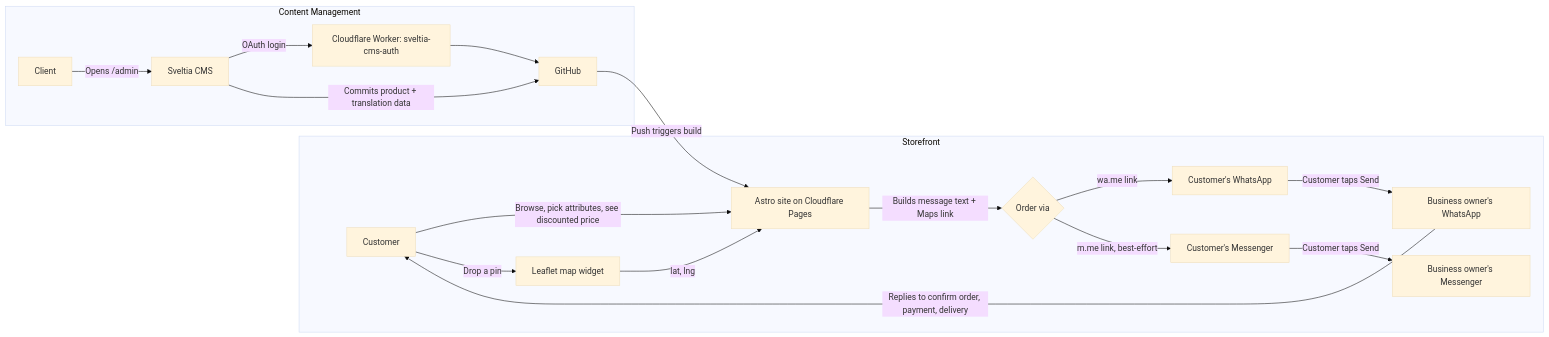
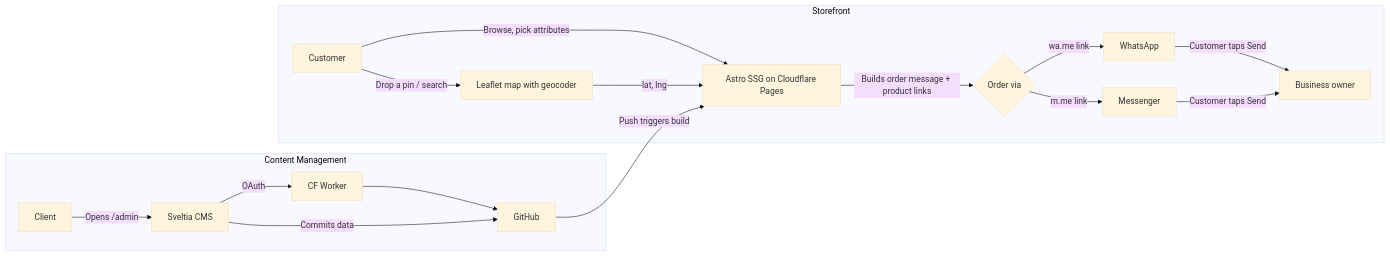
The diagram in metal-hub-ecommerce-srs.md (ChandanShakya/metalhub-astro), drawn with Mermaid (base theme) before and after one commit. The commit also changed other lines of this file and 3 other files, not shown here.

````diff
--- a/metal-hub-ecommerce-srs.md
+++ b/metal-hub-ecommerce-srs.md
@@ -50,23 +51,22 @@
 ```mermaid
 flowchart LR
     subgraph Storefront
-    A[Customer] -->|Browse, pick attributes, see discounted price| B[Astro site on Cloudflare Pages]
-    A -->|Drop a pin| M[Leaflet map widget]
+    A[Customer] -->|Browse, pick attributes| B[Astro SSG on Cloudflare Pages]
+    A -->|Drop a pin / search| M[Leaflet map with geocoder]
     M -->|lat, lng| B
-    B -->|Builds message text + Maps link| C{Order via}
-    C -->|wa.me link| WA[Customer's WhatsApp]
-    C -->|m.me link, best-effort| MS[Customer's Messenger]
-    WA -->|Customer taps Send| Owner[Business owner's WhatsApp]
-    MS -->|Customer taps Send| OwnerM[Business owner's Messenger]
-    Owner -->|Replies to confirm order, payment, delivery| A
+    B -->|Builds order message + product links| C{Order via}
+    C -->|wa.me link| WA[WhatsApp]
+    C -->|m.me link| MS[Messenger]
+    WA -->|Customer taps Send| Owner[Business owner]
+    MS -->|Customer taps Send| Owner
     end
 
     subgraph Content Management
     G[Client] -->|Opens /admin| H[Sveltia CMS]
-    H -->|OAuth login| I[Cloudflare Worker: sveltia-cms-auth]
+    H -->|OAuth| I[CF Worker]
     I --> J[GitHub]
-    H -->|Commits product + translation data| J
+    H -->|Commits data| J
     end
 
     J -->|Push triggers build| B
 ```
````
